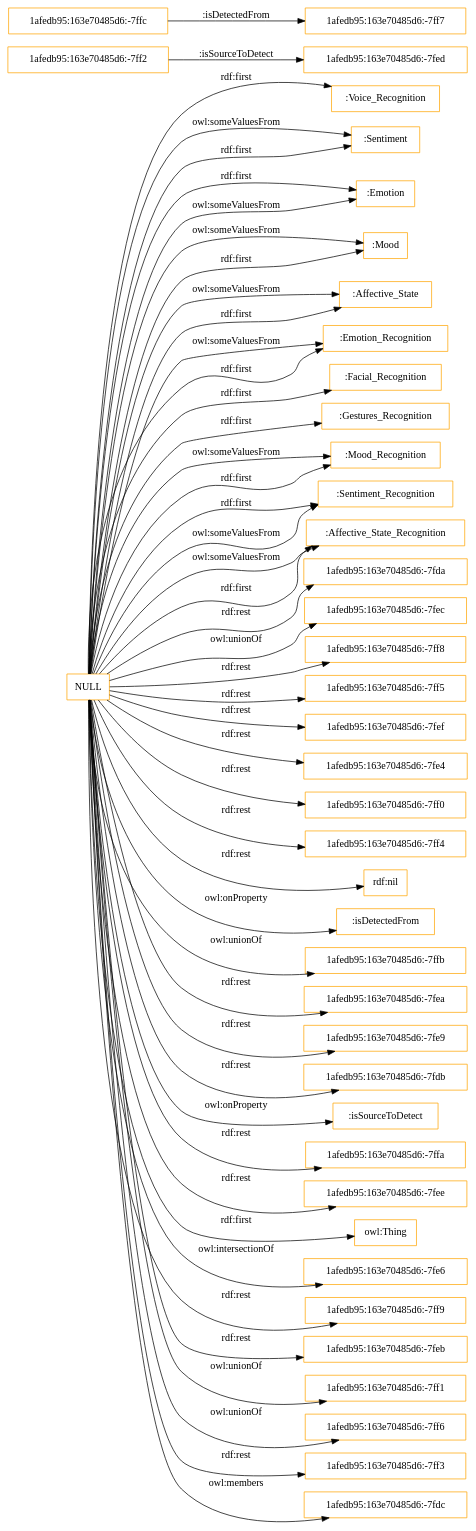
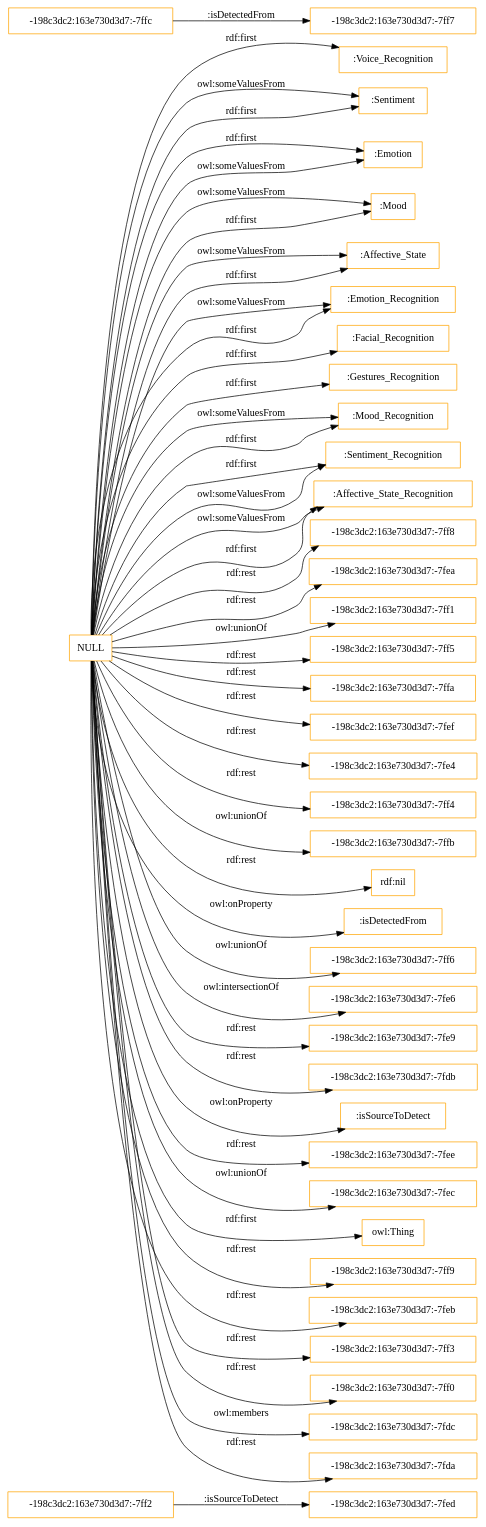
Before and after one commit to rana-othman/HASIO-Modularization: the diagram in OnToology/Affective_States_Recognition_Module.owl/diagrams/ar2dtool-class/Affective_States_Recognition_Module.owl.png.dot, drawn with Graphviz. The commit also changed 44 other files, not shown here.

```diff
--- a/OnToology/Affective_States_Recognition_Module.owl/diagrams/ar2dtool-class/Affective_States_Recognition_Module.owl.png.dot
+++ b/OnToology/Affective_States_Recognition_Module.owl/diagrams/ar2dtool-class/Affective_States_Recognition_Module.owl.png.dot
@@ -1,52 +1,52 @@
 digraph ar2dtool_diagram { 
 rankdir=LR;
 size="1501"
-node [shape = rectangle, color="orange"]; ":Voice_Recognition" ":Sentiment" "1afedb95:163e70485d6:-7ff2" ":Emotion" ":Mood" "1afedb95:163e70485d6:-7ff7" ":Affective_State" ":Emotion_Recognition" "1afedb95:163e70485d6:-7fed" ":Facial_Recognition" "1afedb95:163e70485d6:-7ffc" ":Gestures_Recognition" ":Mood_Recognition" ":Sentiment_Recognition" ":Affective_State_Recognition" ; /*classes style*/
-	"NULL" -> "1afedb95:163e70485d6:-7fda" [ label = "rdf:rest" ];
-	"NULL" -> "1afedb95:163e70485d6:-7fec" [ label = "owl:unionOf" ];
-	"NULL" -> "1afedb95:163e70485d6:-7ff8" [ label = "rdf:rest" ];
+node [shape = rectangle, color="orange"]; "-198c3dc2:163e730d3d7:-7ff2" ":Voice_Recognition" ":Sentiment" ":Emotion" ":Mood" ":Affective_State" ":Emotion_Recognition" ":Facial_Recognition" "-198c3dc2:163e730d3d7:-7ffc" ":Gestures_Recognition" ":Mood_Recognition" ":Sentiment_Recognition" "-198c3dc2:163e730d3d7:-7ff7" "-198c3dc2:163e730d3d7:-7fed" ":Affective_State_Recognition" ; /*classes style*/
+	"NULL" -> "-198c3dc2:163e730d3d7:-7ff8" [ label = "rdf:rest" ];
+	"NULL" -> "-198c3dc2:163e730d3d7:-7fea" [ label = "rdf:rest" ];
 	"NULL" -> ":Sentiment_Recognition" [ label = "rdf:first" ];
-	"NULL" -> "1afedb95:163e70485d6:-7ff5" [ label = "rdf:rest" ];
+	"NULL" -> "-198c3dc2:163e730d3d7:-7ff1" [ label = "owl:unionOf" ];
+	"NULL" -> "-198c3dc2:163e730d3d7:-7ff5" [ label = "rdf:rest" ];
+	"NULL" -> "-198c3dc2:163e730d3d7:-7ffa" [ label = "rdf:rest" ];
 	"NULL" -> ":Voice_Recognition" [ label = "rdf:first" ];
 	"NULL" -> ":Mood_Recognition" [ label = "owl:someValuesFrom" ];
 	"NULL" -> ":Emotion_Recognition" [ label = "owl:someValuesFrom" ];
-	"NULL" -> "1afedb95:163e70485d6:-7fef" [ label = "rdf:rest" ];
+	"NULL" -> "-198c3dc2:163e730d3d7:-7fef" [ label = "rdf:rest" ];
 	"NULL" -> ":Emotion_Recognition" [ label = "rdf:first" ];
-	"NULL" -> "1afedb95:163e70485d6:-7fe4" [ label = "rdf:rest" ];
-	"NULL" -> "1afedb95:163e70485d6:-7ff0" [ label = "rdf:rest" ];
+	"NULL" -> "-198c3dc2:163e730d3d7:-7fe4" [ label = "rdf:rest" ];
 	"NULL" -> ":Facial_Recognition" [ label = "rdf:first" ];
-	"NULL" -> "1afedb95:163e70485d6:-7ff4" [ label = "rdf:rest" ];
+	"NULL" -> "-198c3dc2:163e730d3d7:-7ff4" [ label = "rdf:rest" ];
+	"NULL" -> "-198c3dc2:163e730d3d7:-7ffb" [ label = "owl:unionOf" ];
 	"NULL" -> "rdf:nil" [ label = "rdf:rest" ];
 	"NULL" -> ":isDetectedFrom" [ label = "owl:onProperty" ];
-	"NULL" -> "1afedb95:163e70485d6:-7ffb" [ label = "owl:unionOf" ];
-	"NULL" -> "1afedb95:163e70485d6:-7fea" [ label = "rdf:rest" ];
+	"NULL" -> "-198c3dc2:163e730d3d7:-7ff6" [ label = "owl:unionOf" ];
 	"NULL" -> ":Mood" [ label = "owl:someValuesFrom" ];
+	"NULL" -> "-198c3dc2:163e730d3d7:-7fe6" [ label = "owl:intersectionOf" ];
 	"NULL" -> ":Emotion" [ label = "rdf:first" ];
+	"NULL" -> "-198c3dc2:163e730d3d7:-7fe9" [ label = "rdf:rest" ];
 	"NULL" -> ":Sentiment" [ label = "owl:someValuesFrom" ];
-	"NULL" -> "1afedb95:163e70485d6:-7fe9" [ label = "rdf:rest" ];
-	"NULL" -> "1afedb95:163e70485d6:-7fdb" [ label = "rdf:rest" ];
+	"NULL" -> "-198c3dc2:163e730d3d7:-7fdb" [ label = "rdf:rest" ];
 	"NULL" -> ":isSourceToDetect" [ label = "owl:onProperty" ];
-	"NULL" -> "1afedb95:163e70485d6:-7ffa" [ label = "rdf:rest" ];
-	"NULL" -> "1afedb95:163e70485d6:-7fee" [ label = "rdf:rest" ];
+	"NULL" -> "-198c3dc2:163e730d3d7:-7fee" [ label = "rdf:rest" ];
+	"NULL" -> "-198c3dc2:163e730d3d7:-7fec" [ label = "owl:unionOf" ];
 	"NULL" -> "owl:Thing" [ label = "rdf:first" ];
 	"NULL" -> ":Emotion" [ label = "owl:someValuesFrom" ];
-	"NULL" -> "1afedb95:163e70485d6:-7fe6" [ label = "owl:intersectionOf" ];
+	"NULL" -> "-198c3dc2:163e730d3d7:-7ff9" [ label = "rdf:rest" ];
+	"NULL" -> "-198c3dc2:163e730d3d7:-7feb" [ label = "rdf:rest" ];
 	"NULL" -> ":Affective_State_Recognition" [ label = "owl:someValuesFrom" ];
 	"NULL" -> ":Affective_State" [ label = "owl:someValuesFrom" ];
-	"NULL" -> "1afedb95:163e70485d6:-7ff9" [ label = "rdf:rest" ];
-	"NULL" -> "1afedb95:163e70485d6:-7feb" [ label = "rdf:rest" ];
-	"NULL" -> "1afedb95:163e70485d6:-7ff1" [ label = "owl:unionOf" ];
 	"NULL" -> ":Mood_Recognition" [ label = "rdf:first" ];
 	"NULL" -> ":Gestures_Recognition" [ label = "rdf:first" ];
+	"NULL" -> "-198c3dc2:163e730d3d7:-7ff3" [ label = "rdf:rest" ];
 	"NULL" -> ":Sentiment_Recognition" [ label = "owl:someValuesFrom" ];
-	"NULL" -> "1afedb95:163e70485d6:-7ff6" [ label = "owl:unionOf" ];
-	"NULL" -> "1afedb95:163e70485d6:-7ff3" [ label = "rdf:rest" ];
 	"NULL" -> ":Mood" [ label = "rdf:first" ];
 	"NULL" -> ":Affective_State_Recognition" [ label = "rdf:first" ];
+	"NULL" -> "-198c3dc2:163e730d3d7:-7ff0" [ label = "rdf:rest" ];
 	"NULL" -> ":Affective_State" [ label = "rdf:first" ];
 	"NULL" -> ":Sentiment" [ label = "rdf:first" ];
-	"NULL" -> "1afedb95:163e70485d6:-7fdc" [ label = "owl:members" ];
-	"1afedb95:163e70485d6:-7ffc" -> "1afedb95:163e70485d6:-7ff7" [ label = ":isDetectedFrom" ];
-	"1afedb95:163e70485d6:-7ff2" -> "1afedb95:163e70485d6:-7fed" [ label = ":isSourceToDetect" ];
+	"NULL" -> "-198c3dc2:163e730d3d7:-7fdc" [ label = "owl:members" ];
+	"NULL" -> "-198c3dc2:163e730d3d7:-7fda" [ label = "rdf:rest" ];
+	"-198c3dc2:163e730d3d7:-7ffc" -> "-198c3dc2:163e730d3d7:-7ff7" [ label = ":isDetectedFrom" ];
+	"-198c3dc2:163e730d3d7:-7ff2" -> "-198c3dc2:163e730d3d7:-7fed" [ label = ":isSourceToDetect" ];
 
 }
```
